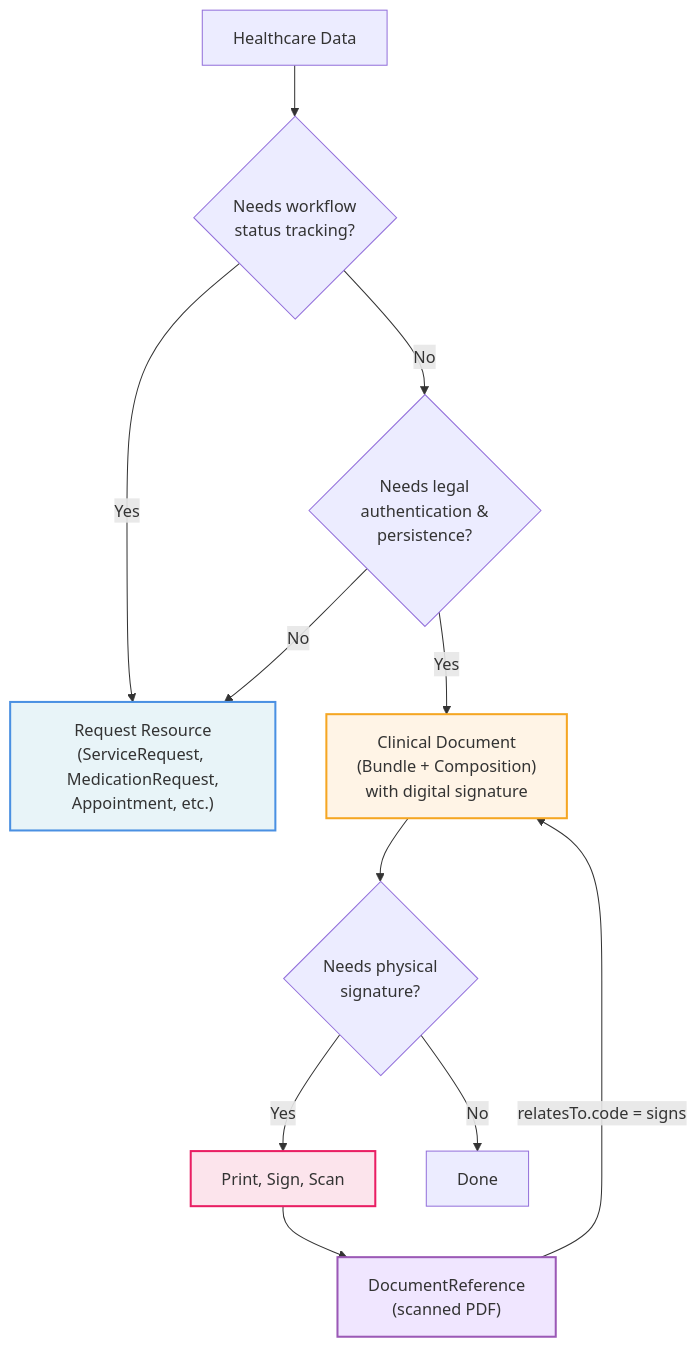
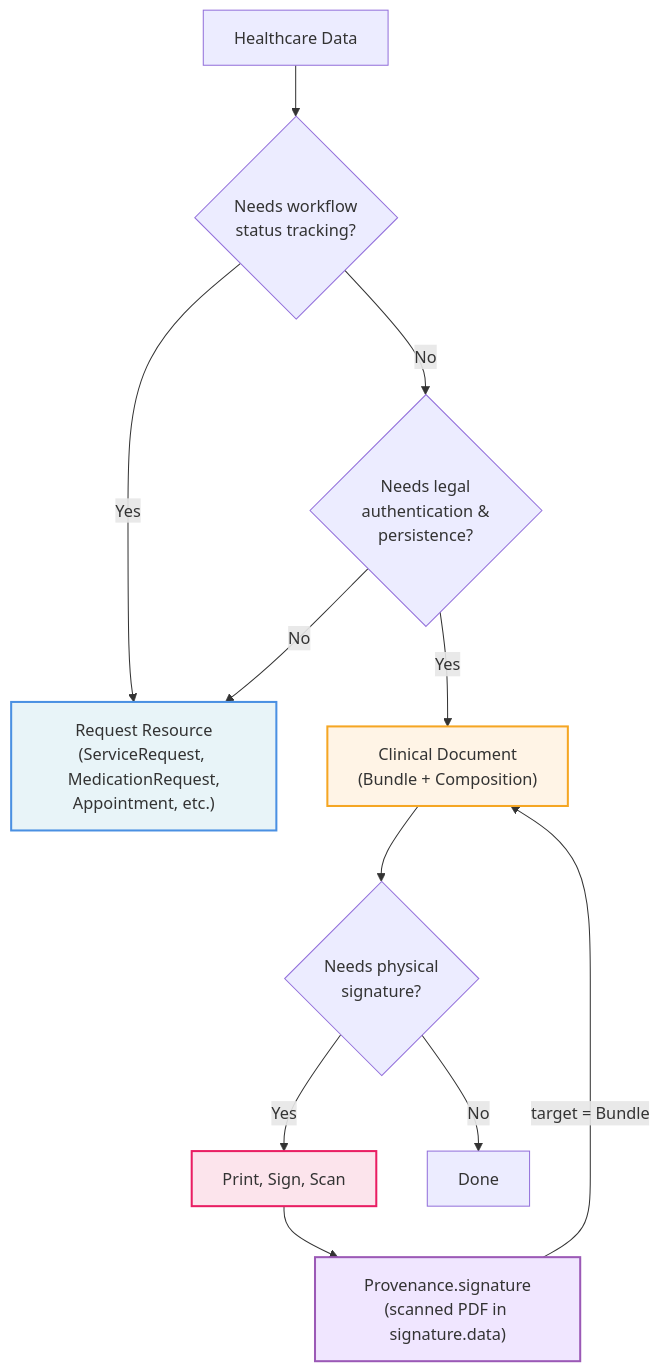
Before and after one commit to vadi2/DHP-integrations-temp: the third of 3 diagrams in input/pagecontent/index.md, drawn with Mermaid. The commit also changed other lines of this file and 1 other file, not shown here.

Commit message:
Use Provenance.signature for physical signatures (#20)
Pre-adopt R6 rules from 6.1.2.2.9 Signing Bundles

````diff
--- a/input/pagecontent/index.md
+++ b/input/pagecontent/index.md
@@ -123,30 +123,30 @@
 ```mermaid
 flowchart TD
     Start["Healthcare Data"]
 
     Q1{"Needs workflow<br/>status tracking?"}
     Q2{"Needs legal<br/>authentication &<br/>persistence?"}
     Q3{"Needs physical<br/>signature?"}
 
     Request["Request Resource<br/>(ServiceRequest, MedicationRequest,<br/>Appointment, etc.)"]
-    Document["Clinical Document<br/>(Bundle + Composition)<br/>with digital signature"]
+    Document["Clinical Document<br/>(Bundle + Composition)"]
     Physical["Print, Sign, Scan"]
-    DocRef["DocumentReference<br/>(scanned PDF)"]
+    Provenance["Provenance.signature<br/>(scanned PDF in signature.data)"]
 
     Start --> Q1
     Q1 -->|"Yes"| Request
     Q1 -->|"No"| Q2
     Q2 -->|"Yes"| Document
     Q2 -->|"No"| Request
 
     Document --> Q3
     Q3 -->|"Yes"| Physical
     Q3 -->|"No"| Done1["Done"]
-    Physical --> DocRef
-    DocRef -->|"relatesTo.code = signs"| Document
+    Physical --> Provenance
+    Provenance -->|"target = Bundle"| Document
 
     style Request fill:#E8F4F8,stroke:#4A90E2,stroke-width:2px
     style Document fill:#FFF4E6,stroke:#F5A623,stroke-width:2px
-    style DocRef fill:#F0E6FF,stroke:#9B59B6,stroke-width:2px
+    style Provenance fill:#F0E6FF,stroke:#9B59B6,stroke-width:2px
     style Physical fill:#FCE4EC,stroke:#E91E63,stroke-width:2px
 ```
````
